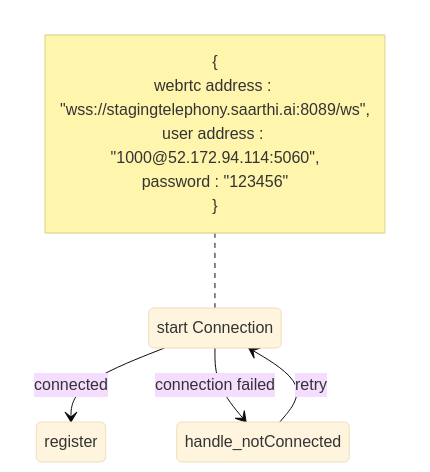
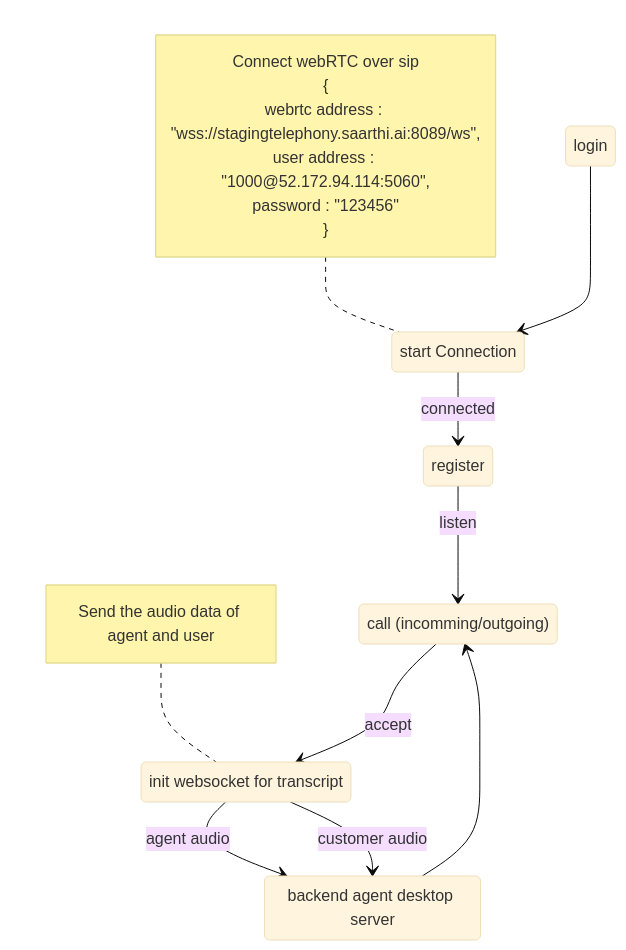
The diagram in docs/readme.md (Nithin15062000/AgentDesktopSip), drawn with Mermaid (base theme) before and after one commit. The commit also changed other lines of this file and 14 other files, not shown here.

````diff
--- a/docs/readme.md
+++ b/docs/readme.md
@@ -16,18 +21,29 @@
 ```mermaid
 stateDiagram
+login: login
 start : start Connection
 register : register
-handle_notConnected : handle_notConnected
+callEvent: call (incomming/outgoing)
+acceptCall : init websocket for transcript
+backend : backend agent desktop server
+note left of acceptCall
+Send the audio data of agent and user
+end note
 note left of start
+Connect webRTC over sip
 {
     webrtc address : "wss://stagingtelephony.saarthi.ai:8089/ws",
     user address : "1000@52.172.94.114:5060",
     password : "123456"
 }
 end note
+login --> start
+start -->  register : connected
+register --> callEvent : listen
+backend--> callEvent
+callEvent --> acceptCall : accept
+acceptCall -->backend : agent audio
+acceptCall -->backend : customer audio
 
-start -->  register : connected
-start --> handle_notConnected : connection failed
-handle_notConnected --> start : retry
 
 ```
````
